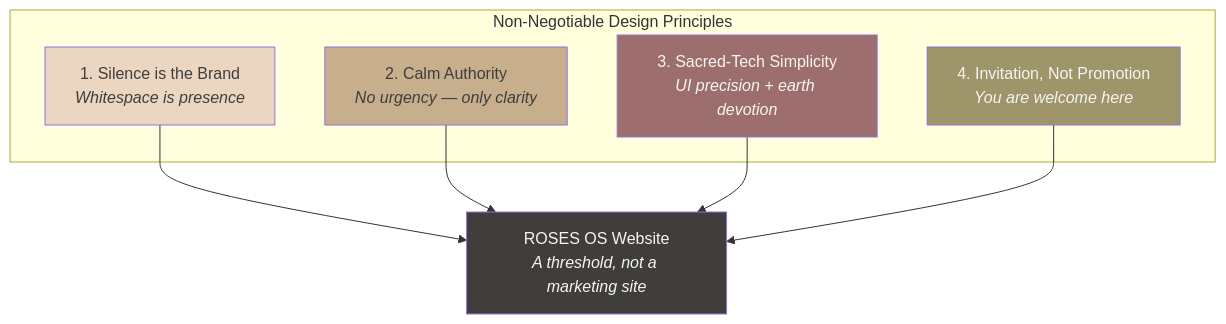
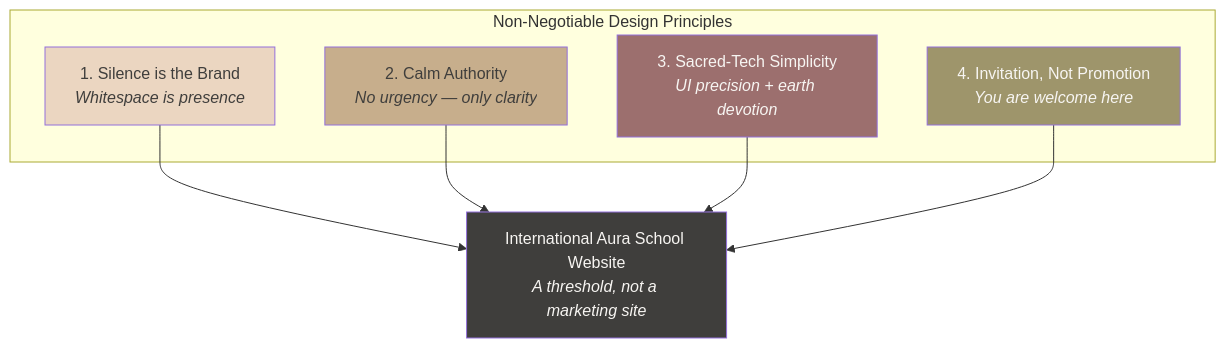
Diagram 25 of 27 in docs/brand/brand-dna.md (Light-Brands/roses-os), drawn with Mermaid before and after one commit. The commit also changed other lines of this file and 79 other files, not shown here.

First line of the commit message:
Rename ROSES OS to International Aura School across entire codebase

````diff
--- a/docs/brand/brand-dna.md
+++ b/docs/brand/brand-dna.md
@@ -1740,17 +1740,17 @@
 ```mermaid
 graph TD
     subgraph PRINCIPLES["Non-Negotiable Design Principles"]
         P1["1. Silence is the Brand<br/><i>Whitespace is presence</i>"]
         P2["2. Calm Authority<br/><i>No urgency — only clarity</i>"]
         P3["3. Sacred-Tech Simplicity<br/><i>UI precision + earth devotion</i>"]
         P4["4. Invitation, Not Promotion<br/><i>You are welcome here</i>"]
     end
 
-    P1 & P2 & P3 & P4 --> SITE["ROSES OS Website<br/><i>A threshold, not a marketing site</i>"]
+    P1 & P2 & P3 & P4 --> SITE["International Aura School Website<br/><i>A threshold, not a marketing site</i>"]
 
     style P1 fill:#EBD6C1,color:#3F3E3C
     style P2 fill:#C7AE8C,color:#3F3E3C
     style P3 fill:#9C6F6E,color:#F7F5F2
     style P4 fill:#9E956B,color:#F7F5F2
     style SITE fill:#3F3E3C,color:#F7F5F2
 ```
````
